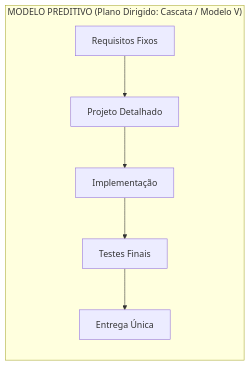
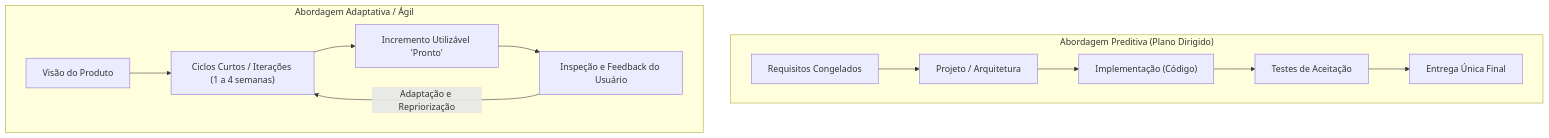
One commit to thiagosantos346/TCE-GO-2027 changed the first of 2 diagrams in fontes_de_estudo/conhecimentos_especificos_b02_ti/04_engenharia_de_software/01_ciclo_de_vida_e_metodologias_ageis.md. Above: the diagram before and after it, drawn with Mermaid. The commit also changed other lines of this file and 119 other files, not shown here.

````diff
--- a/fontes_de_estudo/conhecimentos_especificos_b02_ti/04_engenharia_de_software/01_ciclo_de_vida_e_metodologias_ageis.md
+++ b/fontes_de_estudo/conhecimentos_especificos_b02_ti/04_engenharia_de_software/01_ciclo_de_vida_e_metodologias_ageis.md
@@ -74,6 +79,16 @@
 ```mermaid
-flowchart LR
-    subgraph Preditivo["MODELO PREDITIVO (Plano Dirigido: Cascata / Modelo V)"]
-        A1["Requisitos Fixos"] --> A2["Projeto Detalhado"] --> A3["Implementação"] --> A4["Testes Finais"] --> A5["Entrega Única"]
+flowchart TD
+    subgraph Preditivo["Abordagem Preditiva (Plano Dirigido)"]
+        W1["Requisitos Congelados"] --> W2["Projeto / Arquitetura"]
+        W2 --> W3["Implementação (Código)"]
+        W3 --> W4["Testes de Aceitação"]
+        W4 --> W5["Entrega Única Final"]
+    end
+
+    subgraph Adaptativo["Abordagem Adaptativa / Ágil"]
+        A1["Visão do Produto"] --> A2["Ciclos Curtos / Iterações (1 a 4 semanas)"]
+        A2 --> A3["Incremento Utilizável 'Pronto'"]
+        A3 --> A4["Inspeção e Feedback do Usuário"]
+        A4 -->|Adaptação e Repriorização| A2
     end
 ```
````
